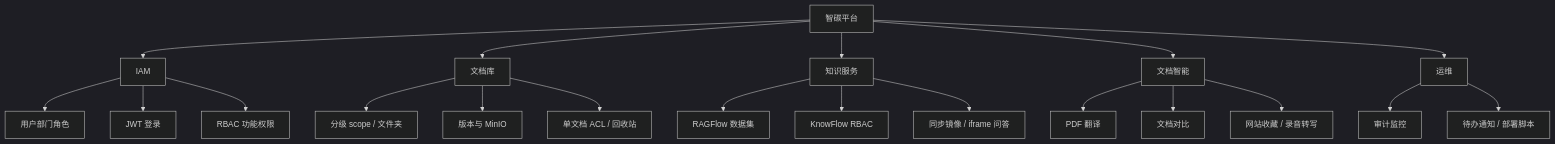
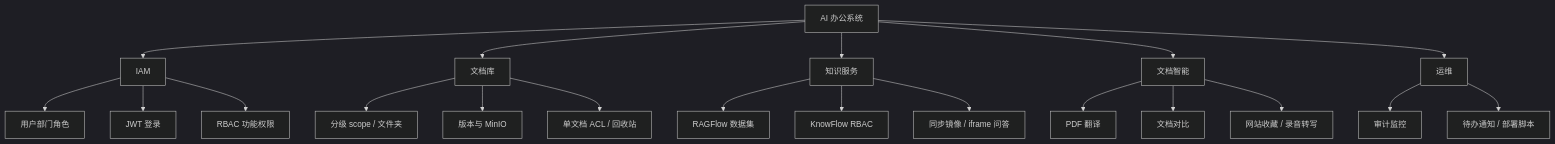
Before and after one commit to zhibinQiu/benxi: the seventh of 16 diagrams in docs/zh/development/system-architecture-overview.md, drawn with Mermaid (dark theme). The commit also changed other lines of this file and 295 other files, not shown here.

````diff
--- a/docs/zh/development/system-architecture-overview.md
+++ b/docs/zh/development/system-architecture-overview.md
@@ -230,23 +230,23 @@
 ```mermaid
 flowchart TB
-  root[智碳平台]
+  root[AI 办公系统]
   root --> IAM[IAM]
   root --> DOC[文档库]
   root --> KB[知识服务]
   root --> AI[文档智能]
   root --> OPS[运维]
   IAM --> IAM1[用户部门角色]
   IAM --> IAM2[JWT 登录]
   IAM --> IAM3[RBAC 功能权限]
   DOC --> DOC1[分级 scope / 文件夹]
   DOC --> DOC2[版本与 MinIO]
   DOC --> DOC3[单文档 ACL / 回收站]
   KB --> KB1[RAGFlow 数据集]
   KB --> KB2[KnowFlow RBAC]
   KB --> KB3[同步镜像 / iframe 问答]
   AI --> AI1[PDF 翻译]
   AI --> AI2[文档对比]
   AI --> AI3[网站收藏 / 录音转写]
   OPS --> OPS1[审计监控]
   OPS --> OPS2[待办通知 / 部署脚本]
 ```
````
